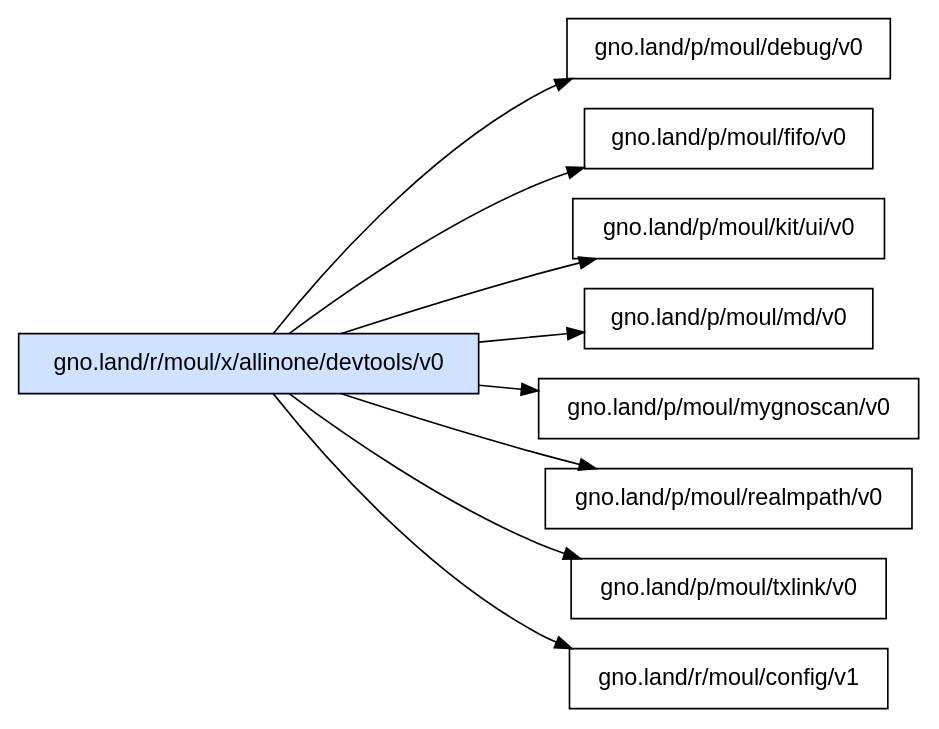
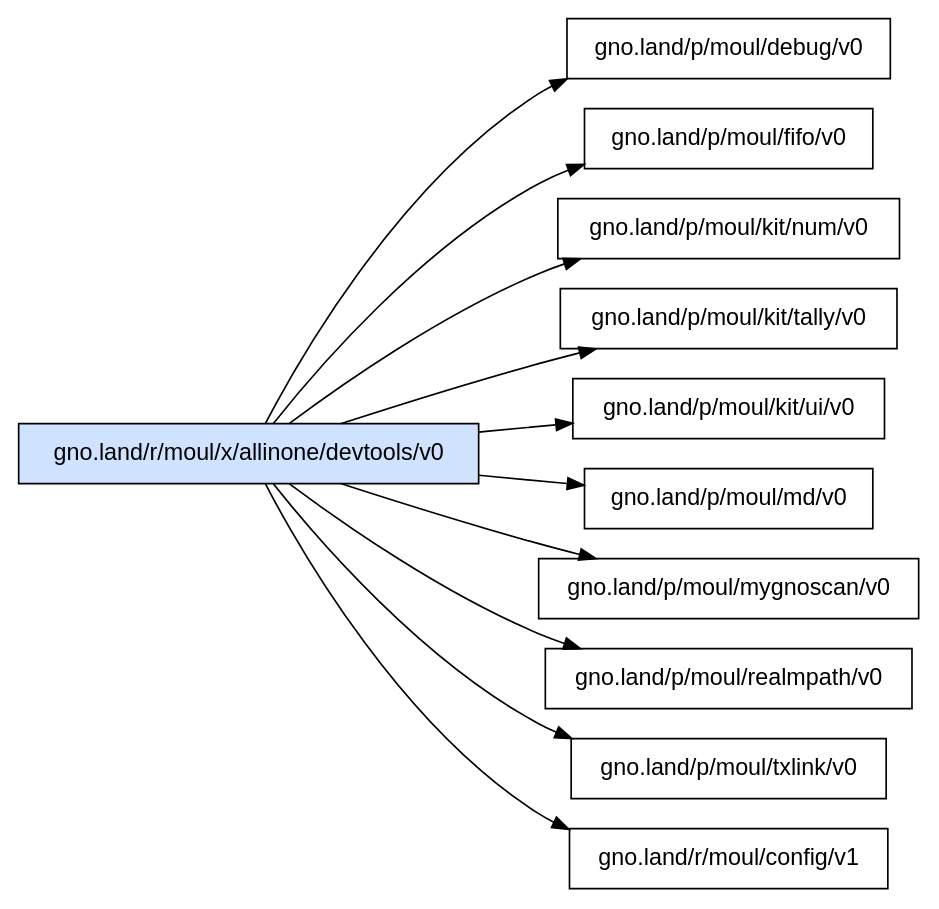
The diagram in _assets/gno.land/r/moul/x/allinone/devtools/v0/deps.dot (moul/gno-contracts), drawn with Graphviz before and after one commit. The commit also changed 14 other files, not shown here.

Commit message:
chore: regenerate catalog, graphs and on-chain status [skip ci]

```diff
--- a/_assets/gno.land/r/moul/x/allinone/devtools/v0/deps.dot
+++ b/_assets/gno.land/r/moul/x/allinone/devtools/v0/deps.dot
@@ -1,13 +1,15 @@
 digraph deps {
   rankdir=LR;
   node [shape=box, fontname="sans-serif"];
   "gno.land/r/moul/x/allinone/devtools/v0" [style=filled, fillcolor="#cfe2ff"];
   "gno.land/r/moul/x/allinone/devtools/v0" -> "gno.land/p/moul/debug/v0";
   "gno.land/r/moul/x/allinone/devtools/v0" -> "gno.land/p/moul/fifo/v0";
+  "gno.land/r/moul/x/allinone/devtools/v0" -> "gno.land/p/moul/kit/num/v0";
+  "gno.land/r/moul/x/allinone/devtools/v0" -> "gno.land/p/moul/kit/tally/v0";
   "gno.land/r/moul/x/allinone/devtools/v0" -> "gno.land/p/moul/kit/ui/v0";
   "gno.land/r/moul/x/allinone/devtools/v0" -> "gno.land/p/moul/md/v0";
   "gno.land/r/moul/x/allinone/devtools/v0" -> "gno.land/p/moul/mygnoscan/v0";
   "gno.land/r/moul/x/allinone/devtools/v0" -> "gno.land/p/moul/realmpath/v0";
   "gno.land/r/moul/x/allinone/devtools/v0" -> "gno.land/p/moul/txlink/v0";
   "gno.land/r/moul/x/allinone/devtools/v0" -> "gno.land/r/moul/config/v1";
 }
```
